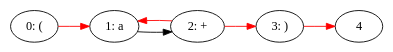
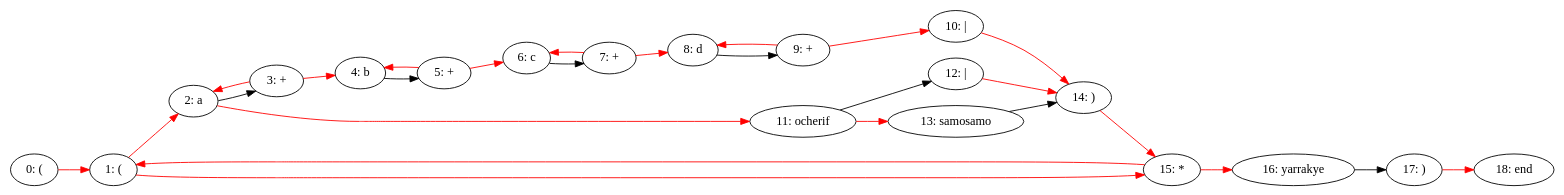
One commit to SalihErenYzb/Regex-Engine changed the diagram in grapht.dot. Above: the diagram before and after it, drawn with Graphviz. The commit also changed 5 other files, not shown here.

Commit message:
Cpp now outputs graph such that consecutive regular characters are concataneted making a simpler graph using dynamic programming.

```diff
--- a/grapht.dot
+++ b/grapht.dot
@@ -1,12 +1,48 @@
 digraph {
 	rankdir=LR
 	0 [label="0: ("];
-	1 [label="1: a"];
-	2 [label="2: +"];
-	3 [label="3: )"];
+	1 [label="1: ("];
+	2 [label="2: a"];
+	3 [label="3: +"];
+	4 [label="4: b"];
+	5 [label="5: +"];
+	6 [label="6: c"];
+	7 [label="7: +"];
+	8 [label="8: d"];
+	9 [label="9: +"];
+	10 [label="10: |"];
+	11 [label="11: ocherif"];
+	12 [label="12: |"];
+	13 [label="13: samosamo"];
+	14 [label="14: )"];
+	15 [label="15: *"];
+	16 [label="16: yarrakye"];
+	17 [label="17: )"];
+	18 [label="18: end"];
 	0 -> 1 [color=red];
-	1 -> 2 [color=black];
-	2 -> 3 [color=red];
-	2 -> 1 [color=red];
+	1 -> 2 [color=red];
+	1 -> 15 [color=red];
+	2 -> 3 [color=black];
+	2 -> 11 [color=red];
 	3 -> 4 [color=red];
+	3 -> 2 [color=red];
+	4 -> 5 [color=black];
+	5 -> 6 [color=red];
+	5 -> 4 [color=red];
+	6 -> 7 [color=black];
+	7 -> 8 [color=red];
+	7 -> 6 [color=red];
+	8 -> 9 [color=black];
+	9 -> 10 [color=red];
+	9 -> 8 [color=red];
+	10 -> 14 [color=red];
+	11 -> 13 [color=red];
+	11 -> 12 [color=black];
+	12 -> 14 [color=red];
+	13 -> 14 [color=black];
+	14 -> 15 [color=red];
+	15 -> 16 [color=red];
+	15 -> 1 [color=red];
+	16 -> 17 [color=black];
+	17 -> 18 [color=red];
 }
```
